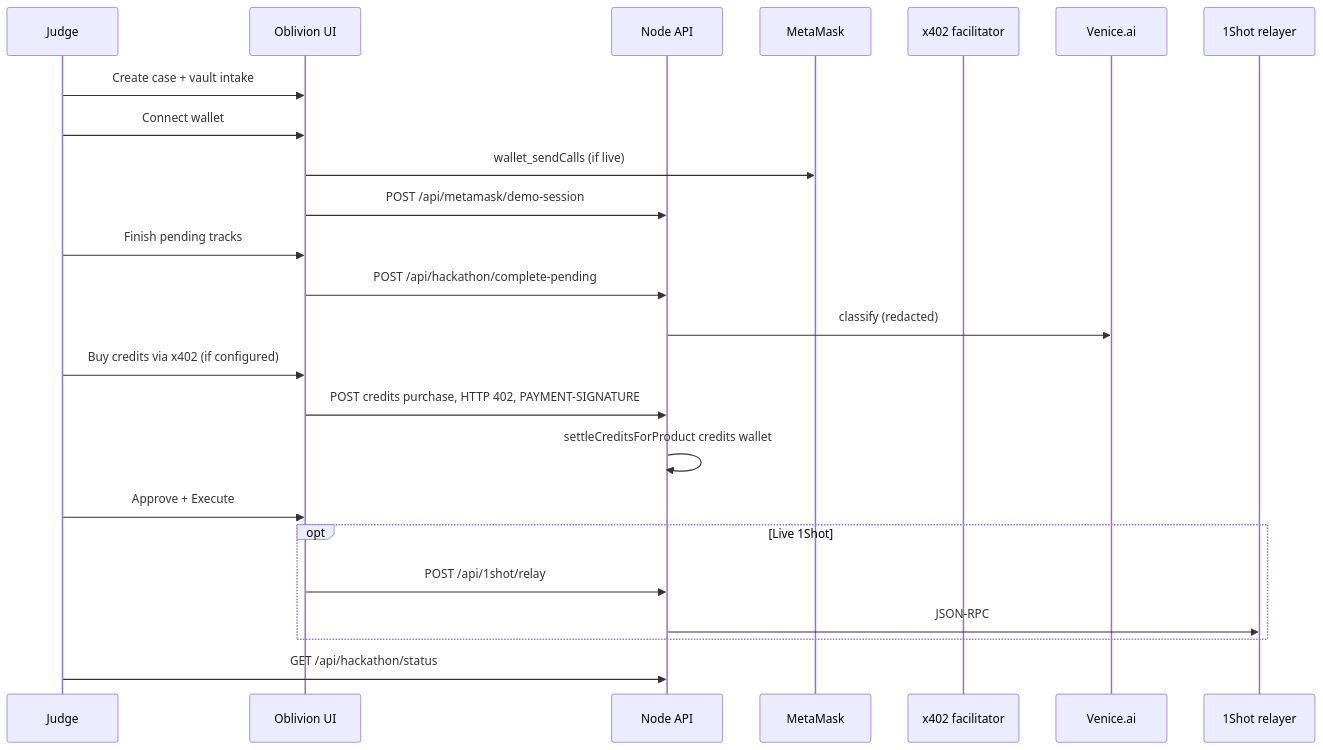
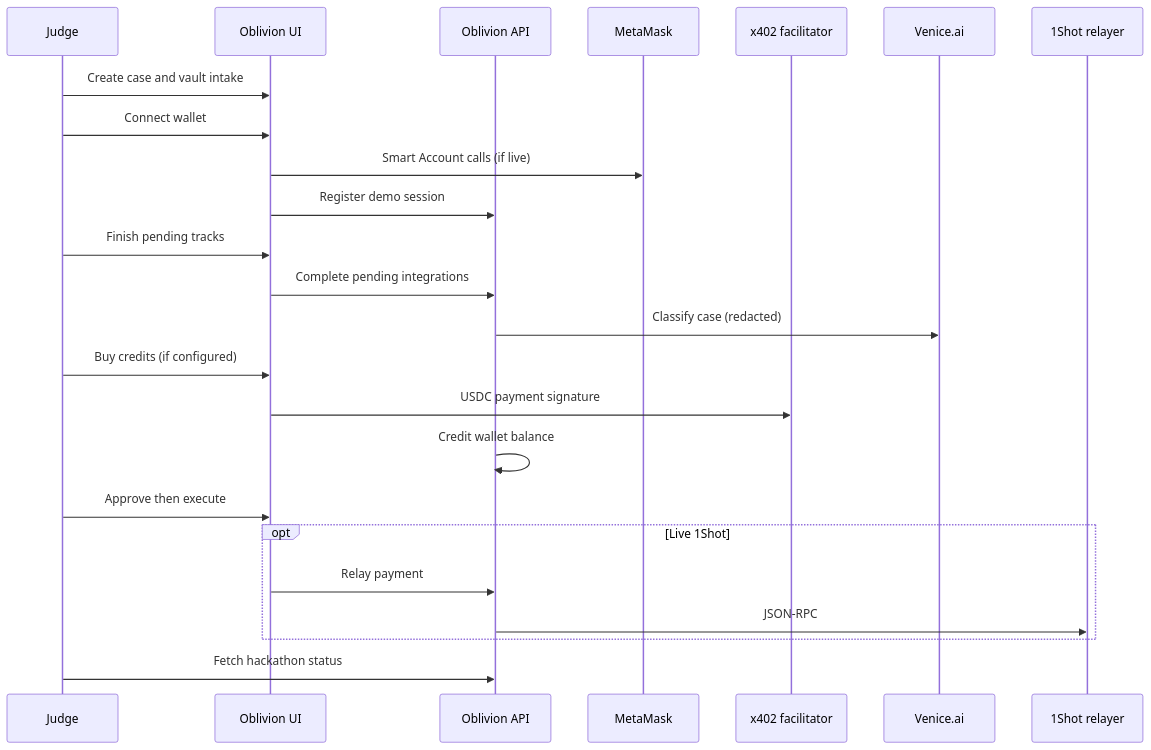
One commit to thomasjvu/oblivion changed the second of 2 diagrams in docs/src/docs/content/developers/hackathon-demo.md. Above: the diagram before and after it, drawn with Mermaid. The commit also changed other lines of this file and 22 other files, not shown here.

````diff
--- a/docs/src/docs/content/developers/hackathon-demo.md
+++ b/docs/src/docs/content/developers/hackathon-demo.md
@@ -123,27 +64,27 @@
 ```mermaid
 sequenceDiagram
   participant Judge
   participant UI as Oblivion UI
-  participant API as Node API
+  participant API as Oblivion API
   participant MM as MetaMask
   participant X402 as x402 facilitator
   participant Venice as Venice.ai
   participant Shot as 1Shot relayer
 
-  Judge->>UI: Create case + vault intake
+  Judge->>UI: Create case and vault intake
   Judge->>UI: Connect wallet
-  UI->>MM: wallet_sendCalls (if live)
-  UI->>API: POST /api/metamask/demo-session
+  UI->>MM: Smart Account calls (if live)
+  UI->>API: Register demo session
   Judge->>UI: Finish pending tracks
-  UI->>API: POST /api/hackathon/complete-pending
-  API->>Venice: classify (redacted)
-  Judge->>UI: Buy credits via x402 (if configured)
-  UI->>API: POST credits purchase, HTTP 402, PAYMENT-SIGNATURE
-  API->>API: settleCreditsForProduct credits wallet
-  Judge->>UI: Approve + Execute
+  UI->>API: Complete pending integrations
+  API->>Venice: Classify case (redacted)
+  Judge->>UI: Buy credits (if configured)
+  UI->>X402: USDC payment signature
+  API->>API: Credit wallet balance
+  Judge->>UI: Approve then execute
   opt Live 1Shot
-    UI->>API: POST /api/1shot/relay
+    UI->>API: Relay payment
     API->>Shot: JSON-RPC
   end
-  Judge->>API: GET /api/hackathon/status
+  Judge->>API: Fetch hackathon status
 ```
````
